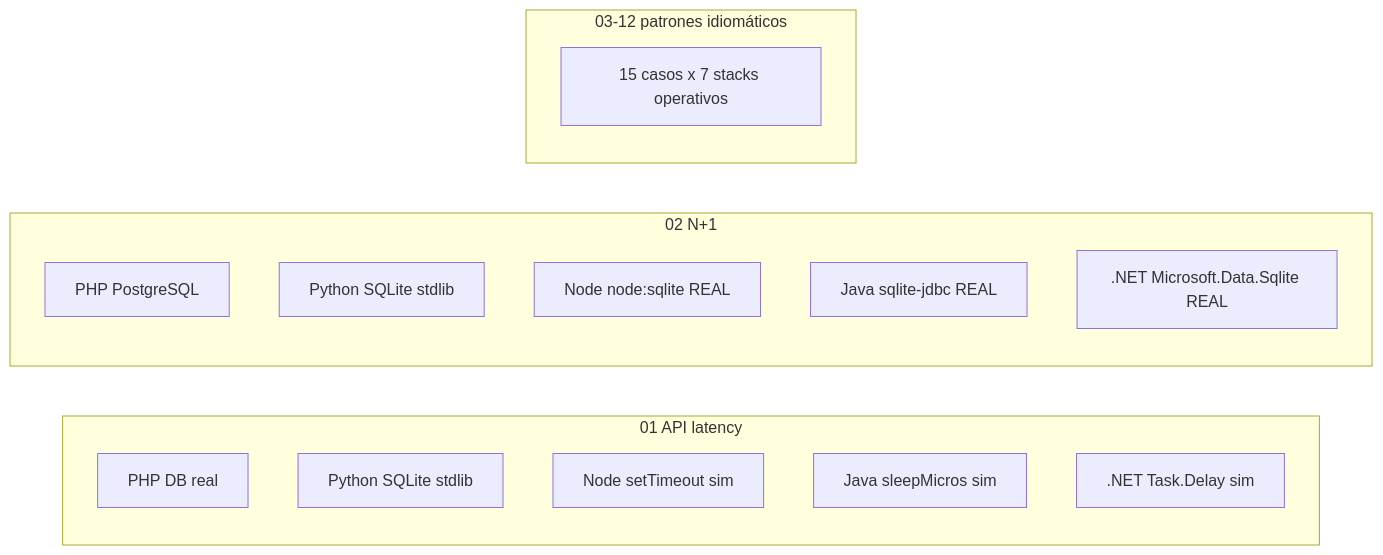
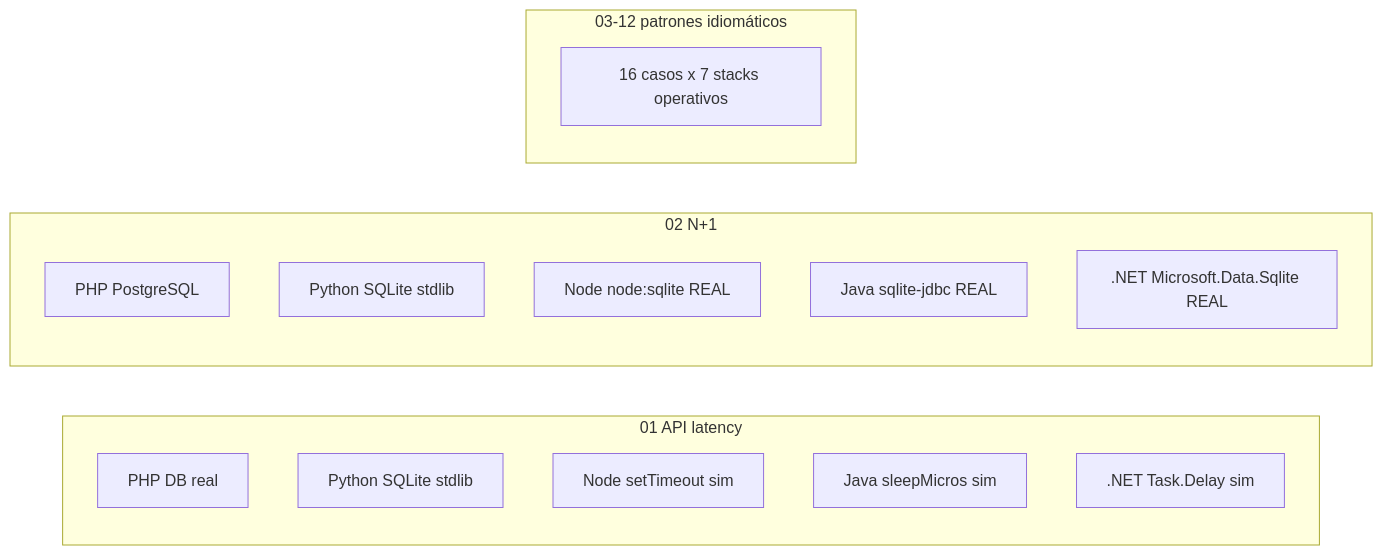
One commit to vladimiracunadev-create/problem-driven-systems-lab changed the fourth of 5 diagrams in ARCHITECTURE.md. Above: the diagram before and after it, drawn with Mermaid. The commit also changed other lines of this file and 102 other files, not shown here.

````diff
--- a/ARCHITECTURE.md
+++ b/ARCHITECTURE.md
@@ -217,22 +217,22 @@
 ```mermaid
 graph LR
     subgraph C01[01 API latency]
         C01_PHP[PHP DB real]
         C01_PY[Python SQLite stdlib]
         C01_NODE[Node setTimeout sim]
         C01_JAVA[Java sleepMicros sim]
         C01_NET[.NET Task.Delay sim]
     end
 
     subgraph C02[02 N+1]
         C02_PHP[PHP PostgreSQL]
         C02_PY[Python SQLite stdlib]
         C02_NODE[Node node:sqlite REAL]
         C02_JAVA[Java sqlite-jdbc REAL]
         C02_NET[.NET Microsoft.Data.Sqlite REAL]
     end
 
     subgraph C03_12[03-12 patrones idiomáticos]
-        OTHER[15 casos x 7 stacks operativos]
+        OTHER[16 casos x 7 stacks operativos]
     end
 ```
````
